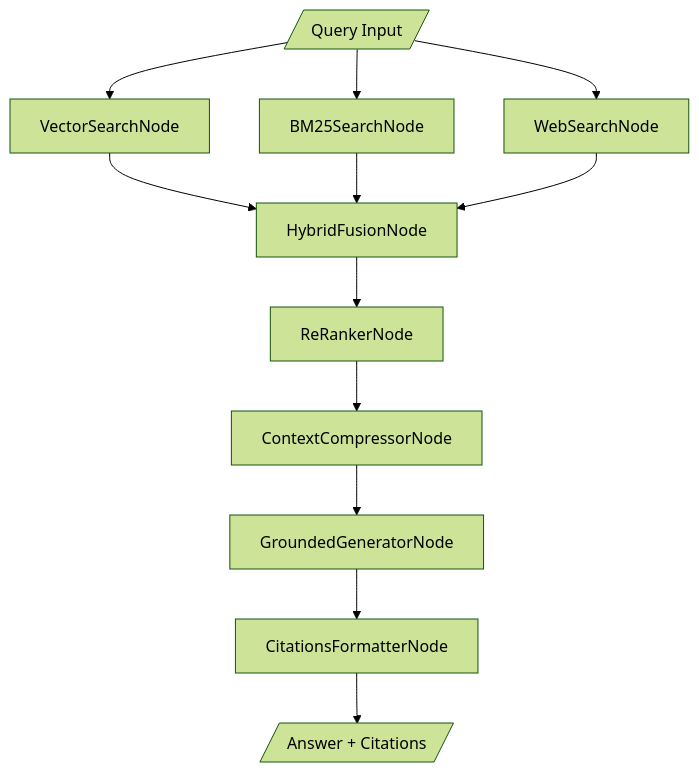
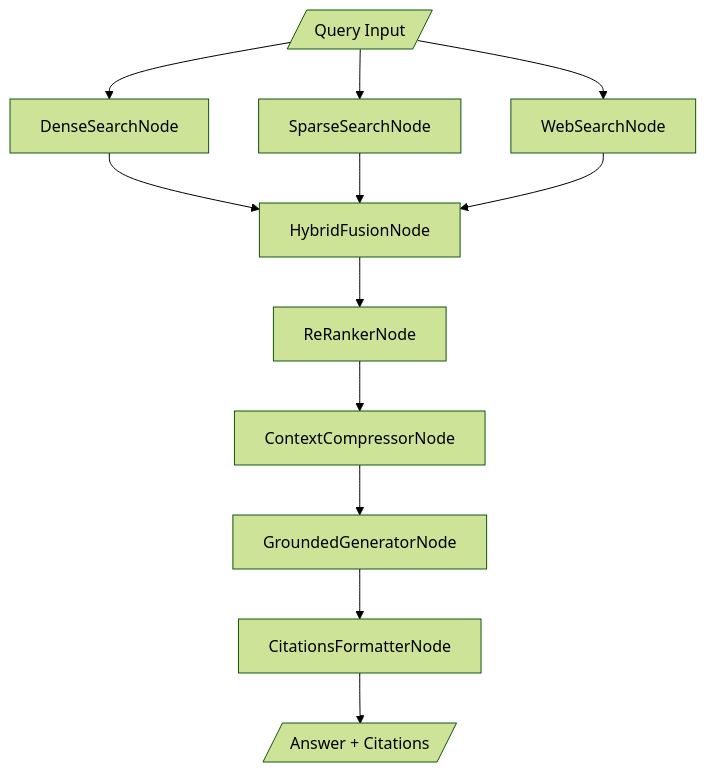
Before and after one commit to ShaojieJiang/orcheo: the second of 5 diagrams in docs/conversational_search/demo_design.md, drawn with Mermaid (forest theme). The commit also changed other lines of this file and 11 other files, not shown here.

Commit message:
Refactor VectorSearchNode → DenseSearchNode, BM25SearchNode → SparseSearchNode

````diff
--- a/docs/conversational_search/demo_design.md
+++ b/docs/conversational_search/demo_design.md
@@ -123,17 +123,17 @@
 ```mermaid
 graph TD
     Query[/Query Input/]
-    Query --> VectorSearch[VectorSearchNode]
-    Query --> BM25[BM25SearchNode]
+    Query --> DenseSearch[DenseSearchNode]
+    Query --> SparseSearch[SparseSearchNode]
     Query --> WebSearch[WebSearchNode]
 
-    VectorSearch --> Fusion[HybridFusionNode]
-    BM25 --> Fusion
+    DenseSearch --> Fusion[HybridFusionNode]
+    SparseSearch --> Fusion
     WebSearch --> Fusion
 
     Fusion --> ReRanker[ReRankerNode]
     ReRanker --> Compressor[ContextCompressorNode]
     Compressor --> Generator[GroundedGeneratorNode]
     Generator --> Citations[CitationsFormatterNode]
     Citations --> Output[/Answer + Citations/]
 ```
````
